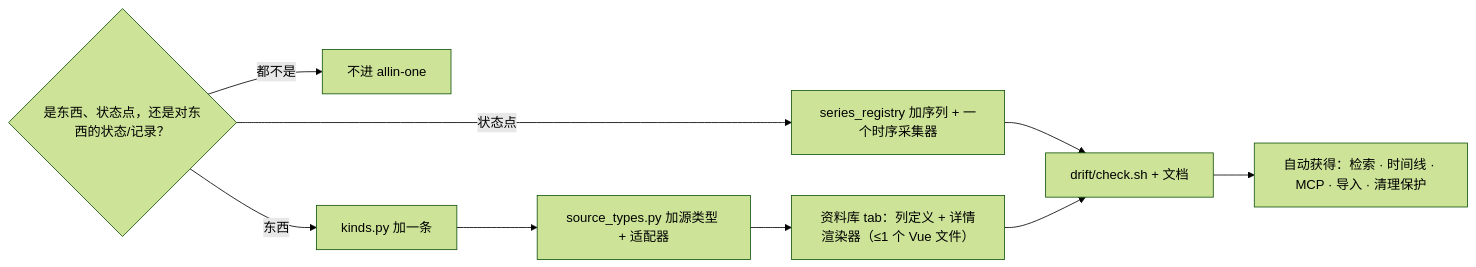
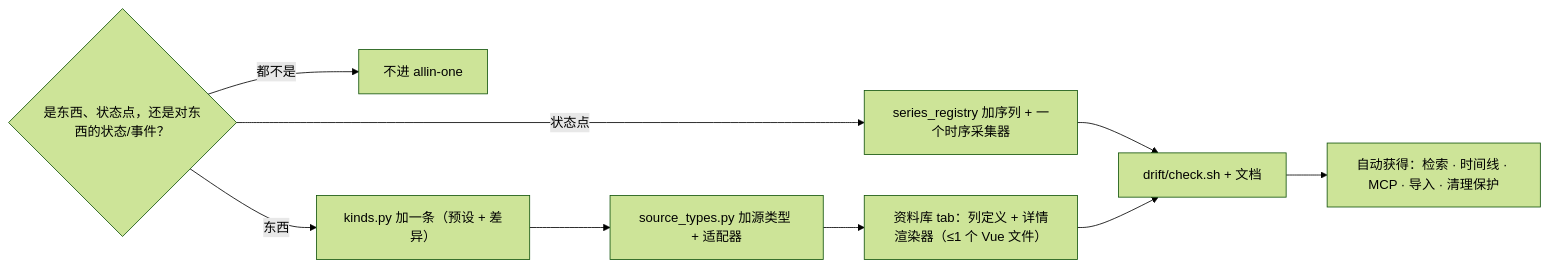
Before and after one commit to keylin/allin-one: the third of 4 diagrams in docs/design_data_model.md, drawn with Mermaid (forest theme). The commit also changed other lines of this file and 1 other file, not shown here.

````diff
--- a/docs/design_data_model.md
+++ b/docs/design_data_model.md
@@ -207,8 +324,8 @@
 ```mermaid
 flowchart LR
-  Q0{"是东西、状态点，还是对东西的状态/记录？"}
+  Q0{"是东西、状态点，还是对东西的状态/事件？"}
   Q0 -->|都不是| STOP["不进 allin-one"]
   Q0 -->|状态点| S["series_registry 加序列 + 一个时序采集器"] --> K6
-  Q0 -->|东西| K1["kinds.py 加一条"] --> K2["source_types.py 加源类型 + 适配器"] --> K5["资料库 tab：列定义 + 详情渲染器（≤1 个 Vue 文件）"] --> K6["drift/check.sh + 文档"]
+  Q0 -->|东西| K1["kinds.py 加一条（预设 + 差异）"] --> K2["source_types.py 加源类型 + 适配器"] --> K5["资料库 tab：列定义 + 详情渲染器（≤1 个 Vue 文件）"] --> K6["drift/check.sh + 文档"]
   K6 --> DONE["自动获得：检索 · 时间线 · MCP · 导入 · 清理保护"]
 ```
````
